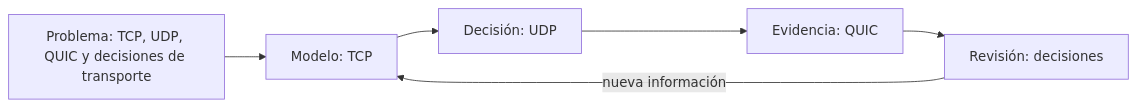
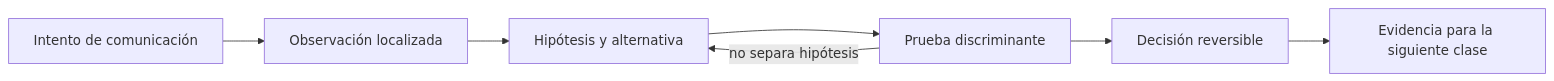
One commit to vladimiracunadev-create/modern-software-engineering-program changed the diagram in classes/part-03-redes-internet-y-protocolos/se-040-tcp-udp-quic-y-decisiones-de-transporte/README.md. Above: the diagram before and after it, drawn with Mermaid. The commit also changed other lines of this file and 84 other files, not shown here.

````diff
--- a/classes/part-03-redes-internet-y-protocolos/se-040-tcp-udp-quic-y-decisiones-de-transporte/README.md
+++ b/classes/part-03-redes-internet-y-protocolos/se-040-tcp-udp-quic-y-decisiones-de-transporte/README.md
@@ -40,8 +33,9 @@
 ```mermaid
 flowchart LR
-    P["Problema: TCP, UDP, QUIC y decisiones de transporte"] --> M["Modelo: TCP"]
-    M --> D["Decisión: UDP"]
-    D --> E["Evidencia: QUIC"]
-    E --> R["Revisión: decisiones"]
-    R -->|nueva información| M
+    I[Intento de comunicación] --> O[Observación localizada]
+    O --> H[Hipótesis y alternativa]
+    H --> P[Prueba discriminante]
+    P --> D[Decisión reversible]
+    D --> E[Evidencia para la siguiente clase]
+    P -->|no separa hipótesis| H
 ```
````
